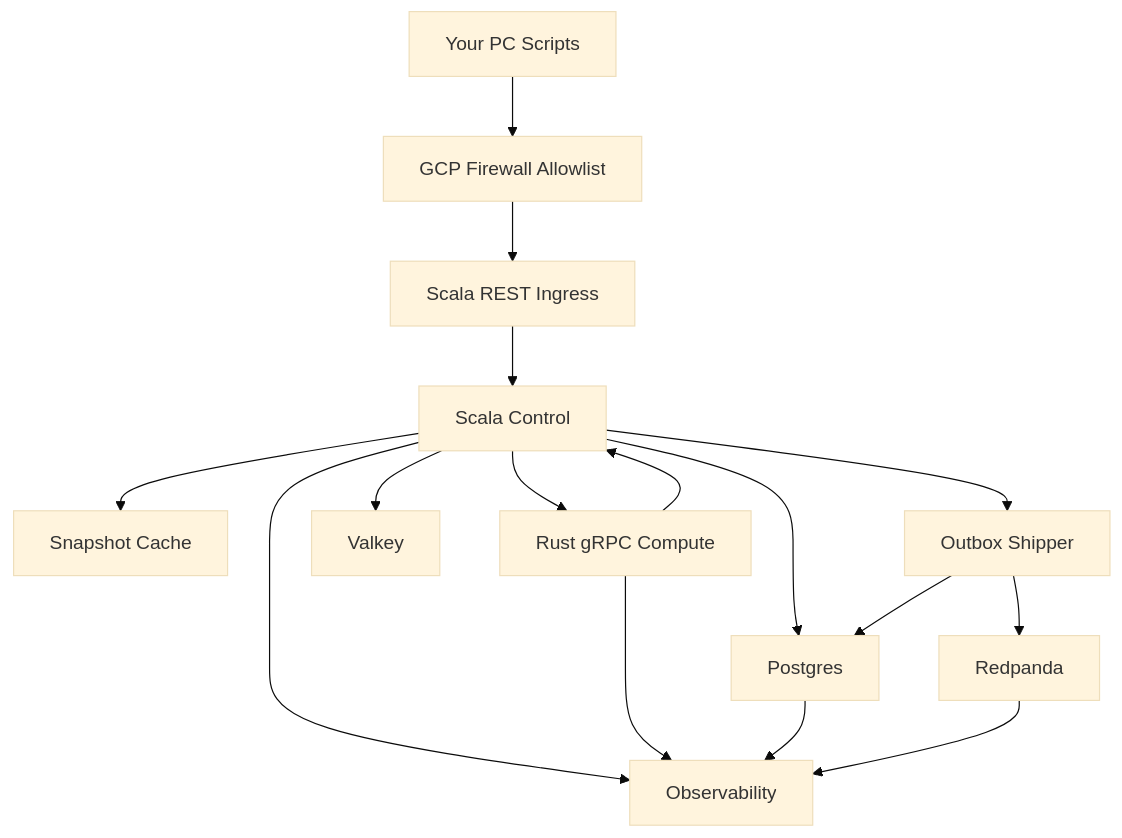
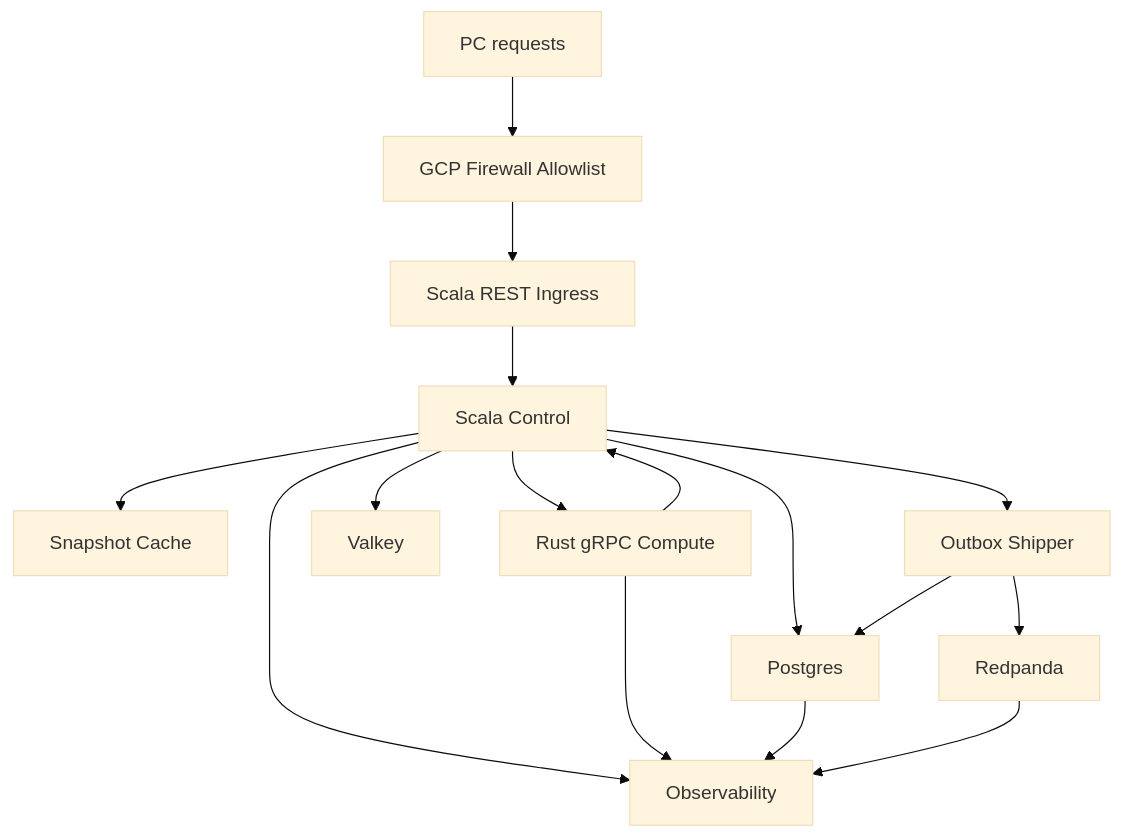
One commit to settorka/blockchain-transaction-calc changed the diagram in v2/plan.md. Above: the diagram before and after it, drawn with Mermaid (base theme). The commit also changed other lines of this file and 3 other files, not shown here.

````diff
--- a/v2/plan.md
+++ b/v2/plan.md
@@ -36,33 +36,33 @@
 ```mermaid
 flowchart TB
-    PC["Your PC Scripts"]
+    PC["PC requests"]
     FW["GCP Firewall Allowlist"]
     REST["Scala REST Ingress"]
     CTRL["Scala Control"]
     SNAP["Snapshot Cache"]
     GRPC["Rust gRPC Compute"]
     PG["Postgres"]
     VK["Valkey"]
     OB["Outbox Shipper"]
     RP["Redpanda"]
     OBS["Observability"]
 
     PC --> FW
     FW --> REST
     REST --> CTRL
 
     CTRL --> VK
     CTRL --> SNAP
     CTRL --> GRPC
     GRPC --> CTRL
 
     CTRL --> PG
     CTRL --> OB
     OB --> PG
     OB --> RP
 
     CTRL --> OBS
     GRPC --> OBS
     PG --> OBS
     RP --> OBS
 ```
````
